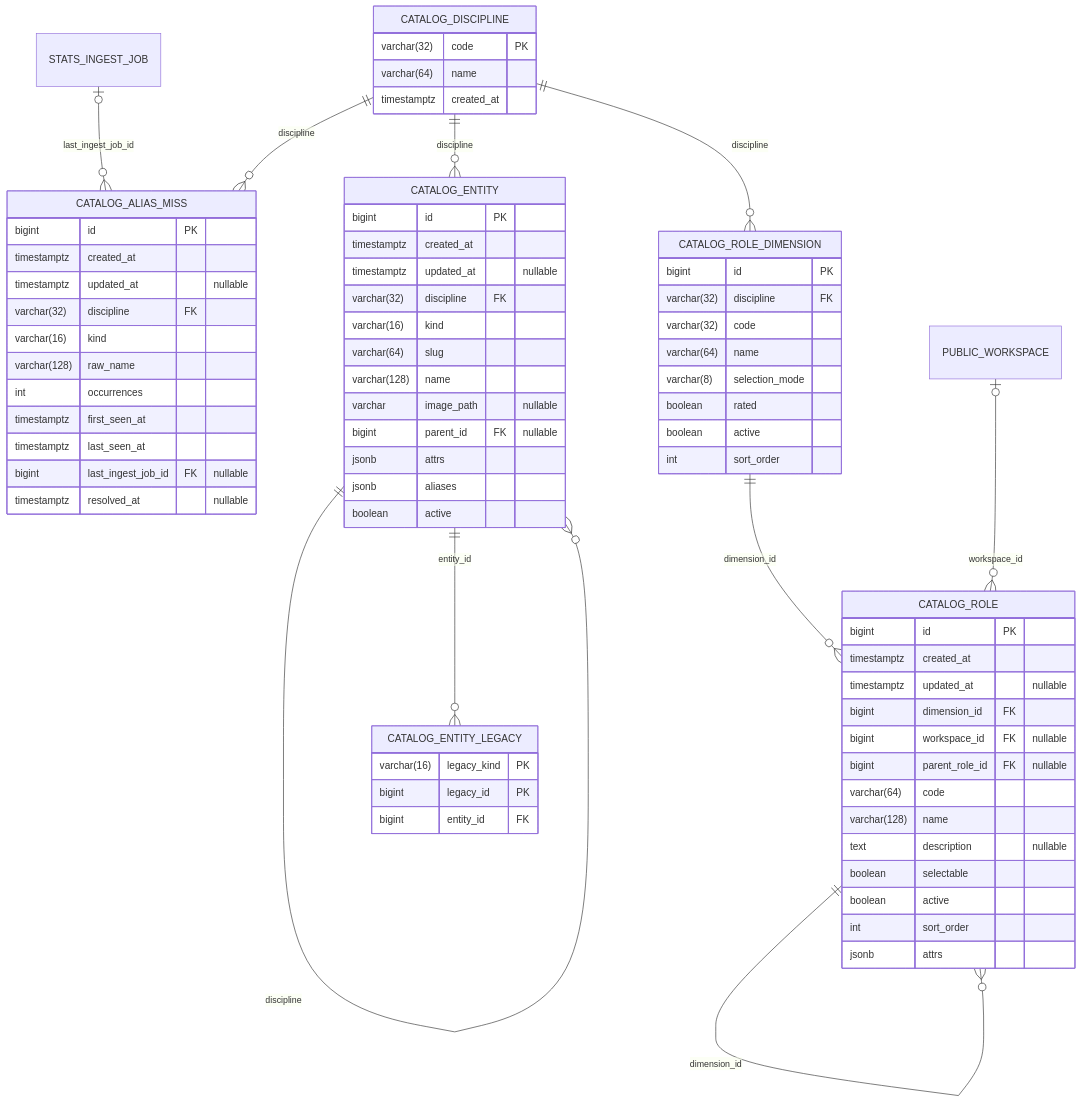
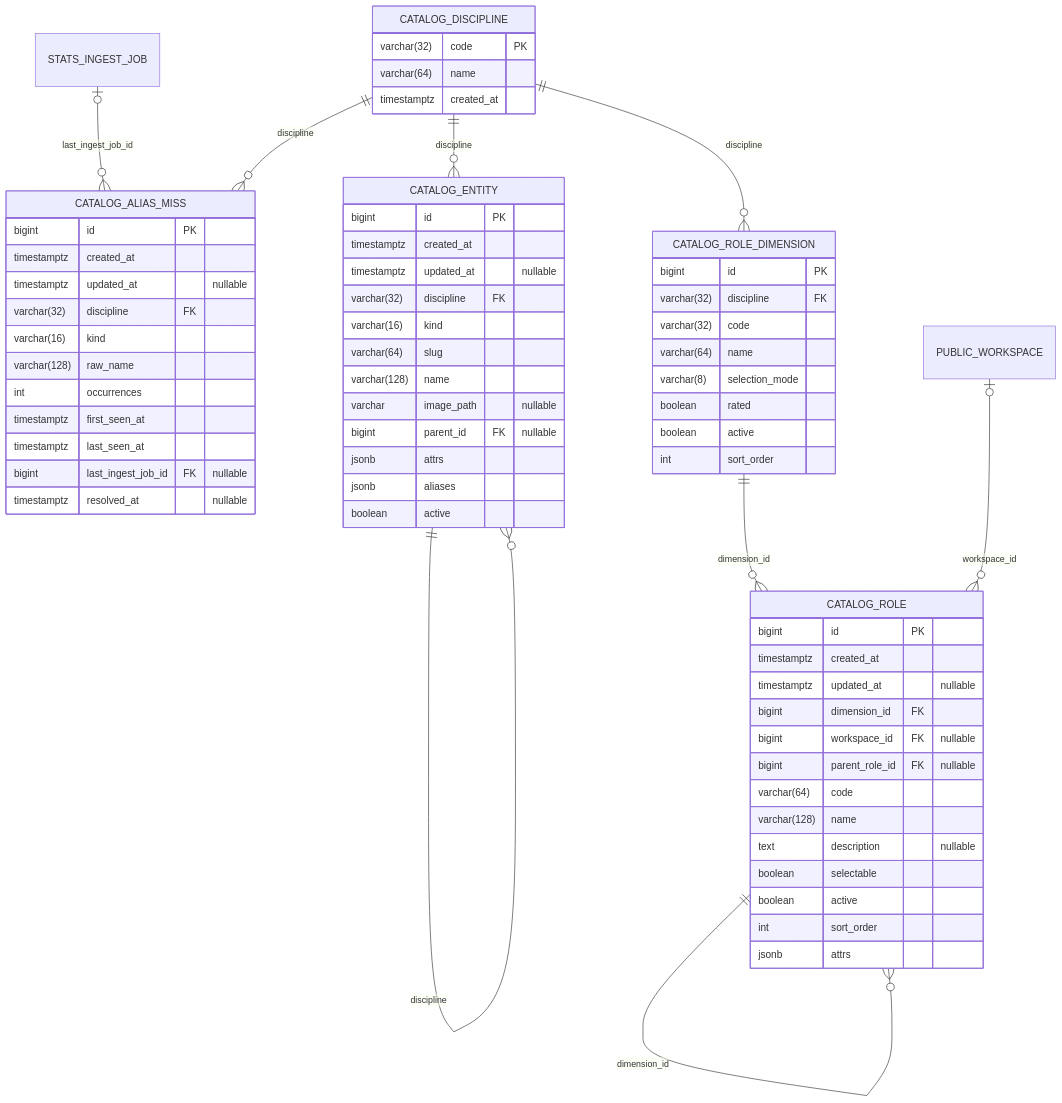
The fifth of 21 diagrams in docs/database_erd.md (CraazzzyyFoxx/anak-tournaments), drawn with Mermaid before and after one commit. The commit also changed other lines of this file and 32 other files, not shown here.

````diff
--- a/docs/database_erd.md
+++ b/docs/database_erd.md
@@ -620,77 +606,71 @@
 ```mermaid
 erDiagram
     CATALOG_ALIAS_MISS {
         bigint id PK
         timestamptz created_at
         timestamptz updated_at "nullable"
         varchar(32) discipline FK
         varchar(16) kind
         varchar(128) raw_name
         int occurrences
         timestamptz first_seen_at
         timestamptz last_seen_at
         bigint last_ingest_job_id FK "nullable"
         timestamptz resolved_at "nullable"
     }
     CATALOG_DISCIPLINE {
         varchar(32) code PK
         varchar(64) name
         timestamptz created_at
     }
     CATALOG_ENTITY {
         bigint id PK
         timestamptz created_at
         timestamptz updated_at "nullable"
         varchar(32) discipline FK
         varchar(16) kind
         varchar(64) slug
         varchar(128) name
         varchar image_path "nullable"
         bigint parent_id FK "nullable"
         jsonb attrs
         jsonb aliases
         boolean active
     }
-    CATALOG_ENTITY_LEGACY {
-        varchar(16) legacy_kind PK
-        bigint legacy_id PK
-        bigint entity_id FK
-    }
     CATALOG_ROLE {
         bigint id PK
         timestamptz created_at
         timestamptz updated_at "nullable"
         bigint dimension_id FK
         bigint workspace_id FK "nullable"
         bigint parent_role_id FK "nullable"
         varchar(64) code
         varchar(128) name
         text description "nullable"
         boolean selectable
         boolean active
         int sort_order
         jsonb attrs
     }
     CATALOG_ROLE_DIMENSION {
         bigint id PK
         varchar(32) discipline FK
         varchar(32) code
         varchar(64) name
         varchar(8) selection_mode
         boolean rated
         boolean active
         int sort_order
     }
 
     CATALOG_DISCIPLINE ||--o{ CATALOG_ALIAS_MISS : "discipline"
     CATALOG_DISCIPLINE ||--o{ CATALOG_ENTITY : "discipline"
     CATALOG_DISCIPLINE ||--o{ CATALOG_ROLE_DIMENSION : "discipline"
     CATALOG_ENTITY |o--o{ CATALOG_ENTITY : "parent_id"
     CATALOG_ENTITY ||--o{ CATALOG_ENTITY : "discipline"
-    CATALOG_ENTITY ||--o{ CATALOG_ENTITY_LEGACY : "entity_id"
     CATALOG_ROLE |o--o{ CATALOG_ROLE : "parent_role_id"
     CATALOG_ROLE ||--o{ CATALOG_ROLE : "dimension_id"
     CATALOG_ROLE_DIMENSION ||--o{ CATALOG_ROLE : "dimension_id"
     PUBLIC_WORKSPACE |o--o{ CATALOG_ROLE : "workspace_id"
     STATS_INGEST_JOB |o--o{ CATALOG_ALIAS_MISS : "last_ingest_job_id"
 ```
````
